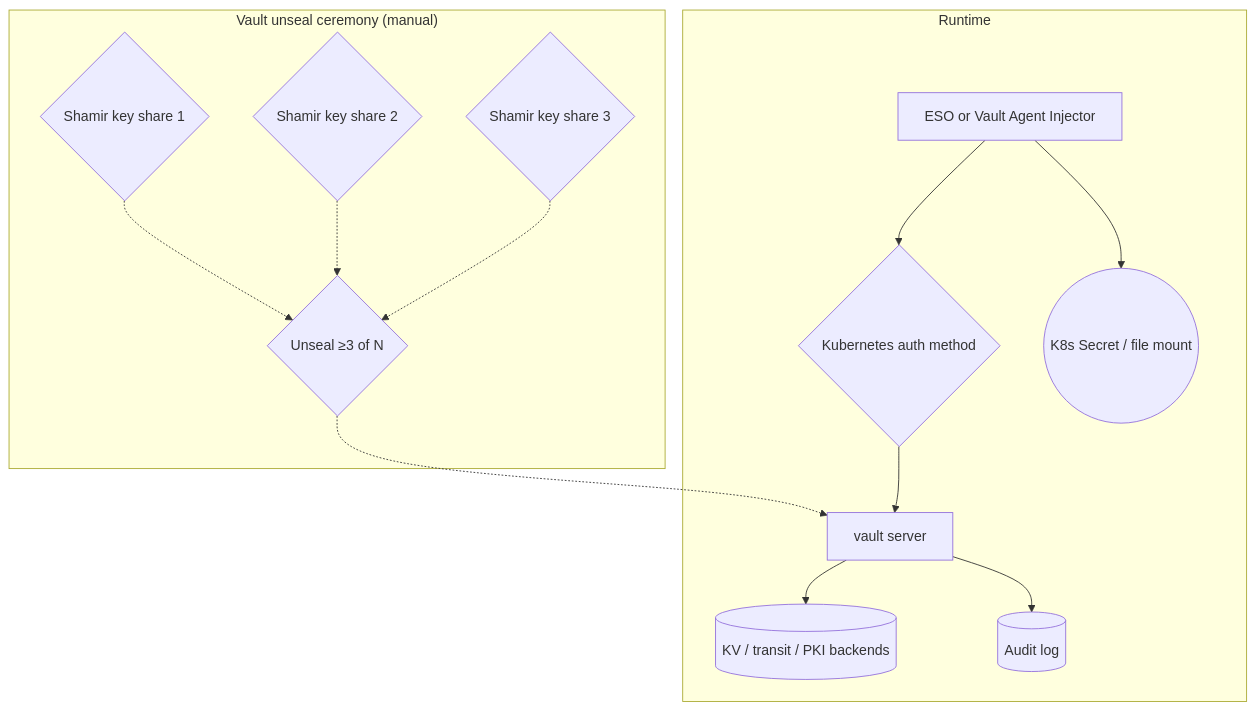
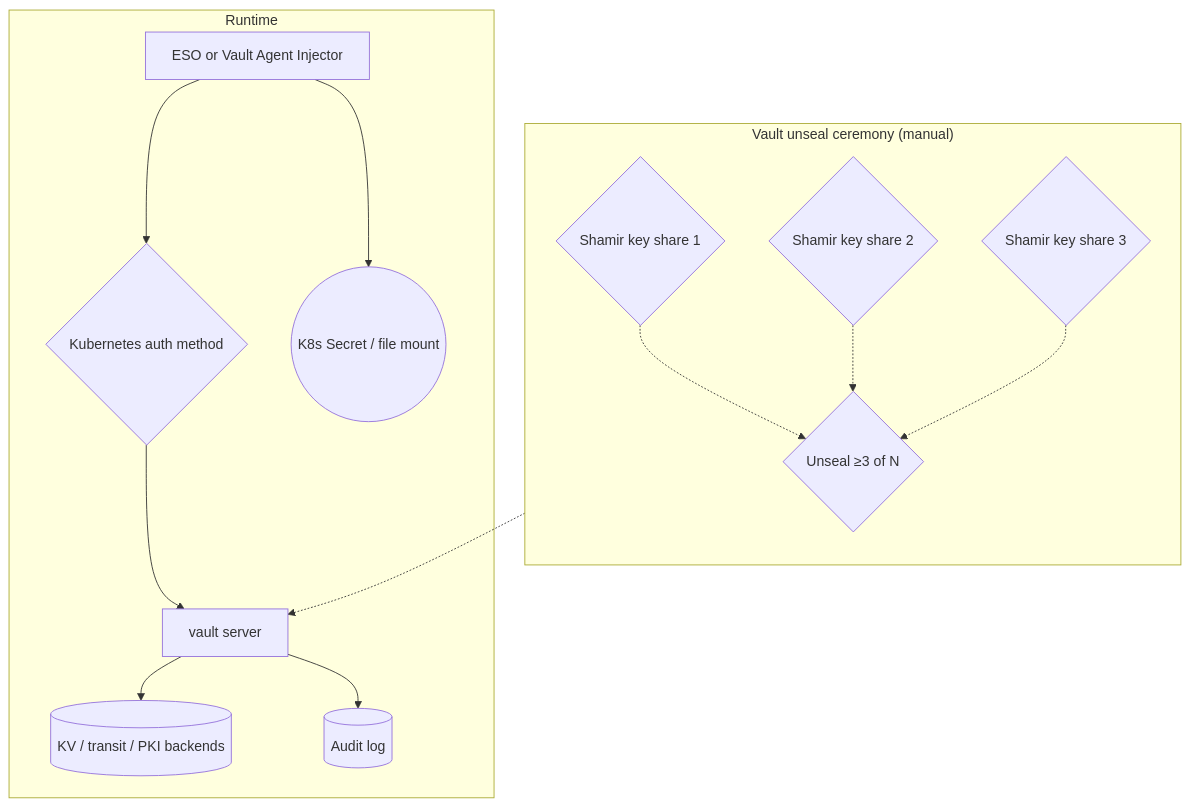
Before and after one commit to derio-net/frank: the fourth of 7 diagrams in blog/content/docs/papers/09-secrets-bootstrap/index.md, drawn with Mermaid. The commit also changed 42 other files, not shown here.

First line of the commit message:
chore(repo): blog-craft v0.19.0 — mermaid natural-size rendering + all 35 diagrams under the width gate (#735)

````diff
--- a/blog/content/docs/papers/09-secrets-bootstrap/index.md
+++ b/blog/content/docs/papers/09-secrets-bootstrap/index.md
@@ -295,26 +295,27 @@
 ```mermaid
 flowchart TD
     subgraph SEAL["Vault unseal ceremony (manual)"]
+        direction TB
         SK1{"Shamir key share 1"}
         SK2{"Shamir key share 2"}
         SK3{"Shamir key share 3"}
         UNSEAL{"Unseal ≥3 of N"}
     end
     subgraph RUN["Runtime"]
         V["vault server"]
         KV[("KV / transit / PKI backends")]
         AUDIT[("Audit log")]
         AUTH{"Kubernetes auth method"}
         ESO["ESO or Vault Agent Injector"]
         K(("K8s Secret / file mount"))
     end
     SK1 -.-> UNSEAL
     SK2 -.-> UNSEAL
     SK3 -.-> UNSEAL
     UNSEAL -.-> V
     V --> KV
     V --> AUDIT
     AUTH --> V
     ESO --> AUTH
     ESO --> K
 ```
````
